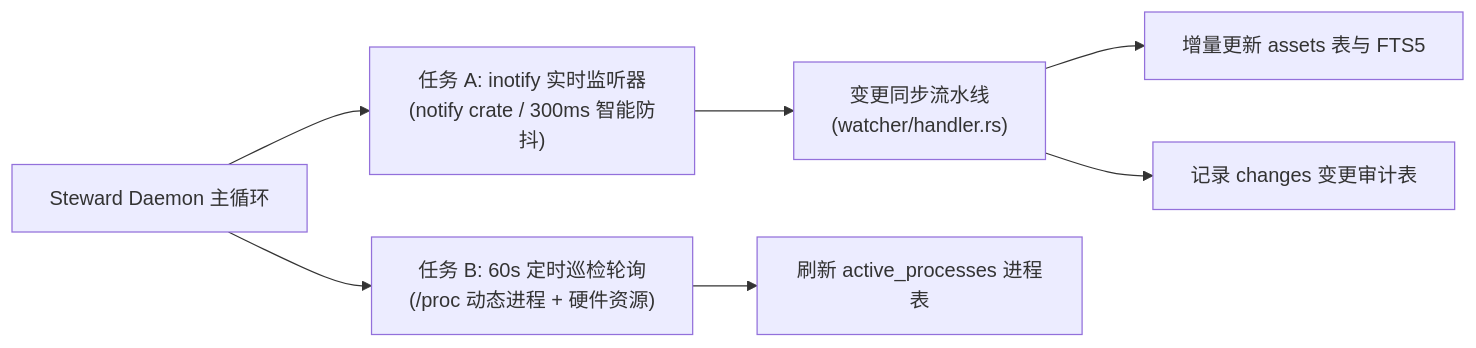
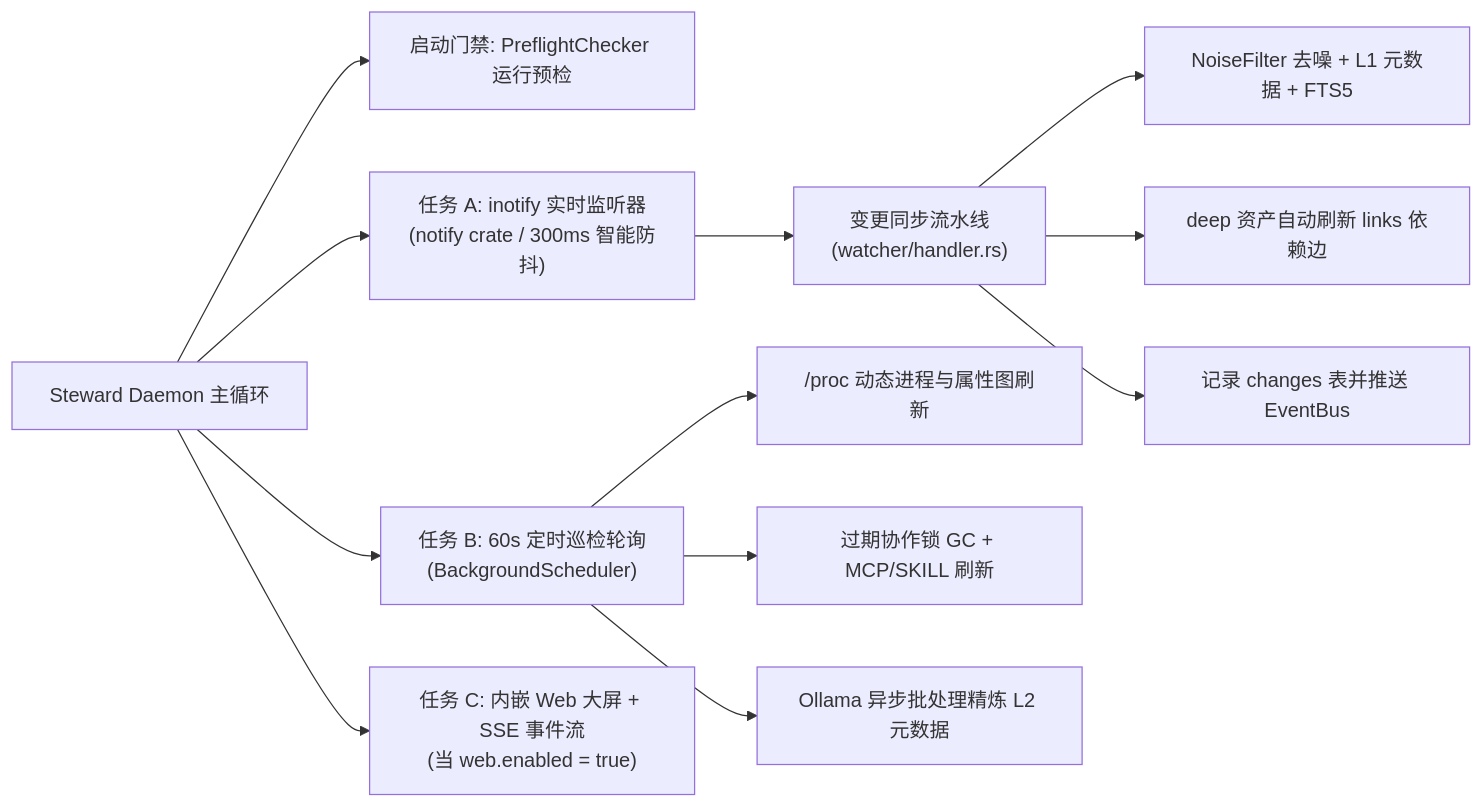
The diagram in manual/05-daemon-and-watcher.md (digoal/agent-body), drawn with Mermaid before and after one commit. The commit also changed other lines of this file and 25 other files, not shown here.

````diff
--- a/manual/05-daemon-and-watcher.md
+++ b/manual/05-daemon-and-watcher.md
@@ -11,11 +11,16 @@
 ```mermaid
 flowchart LR
-    Daemon["Steward Daemon 主循环"] --> TaskA["任务 A: inotify 实时监听器<br/>(notify crate / 300ms 智能防抖)"]
-    Daemon --> TaskB["任务 B: 60s 定时巡检轮询<br/>(/proc 动态进程 + 硬件资源)"]
+    Daemon["Steward Daemon 主循环"] --> Pre["启动门禁: PreflightChecker 运行预检"]
+    Daemon --> TaskA["任务 A: inotify 实时监听器<br/>(notify crate / 300ms 智能防抖)"]
+    Daemon --> TaskB["任务 B: 60s 定时巡检轮询<br/>(BackgroundScheduler)"]
+    Daemon --> WebSSE["任务 C: 内嵌 Web 大屏 + SSE 事件流<br/>(当 web.enabled = true)"]
 
     TaskA --> Sync["变更同步流水线<br/>(watcher/handler.rs)"]
-    Sync --> DB1["增量更新 assets 表与 FTS5"]
-    Sync --> DB2["记录 changes 变更审计表"]
+    Sync --> DB1["NoiseFilter 去噪 + L1 元数据 + FTS5"]
+    Sync --> DB2["deep 资产自动刷新 links 依赖边"]
+    Sync --> DB3["记录 changes 表并推送 EventBus"]
 
-    TaskB --> DB3["刷新 active_processes 进程表"]
+    TaskB --> Sched1["/proc 动态进程与属性图刷新"]
+    TaskB --> Sched2["过期协作锁 GC + MCP/SKILL 刷新"]
+    TaskB --> Sched3["Ollama 异步批处理精炼 L2 元数据"]
 ```
````
